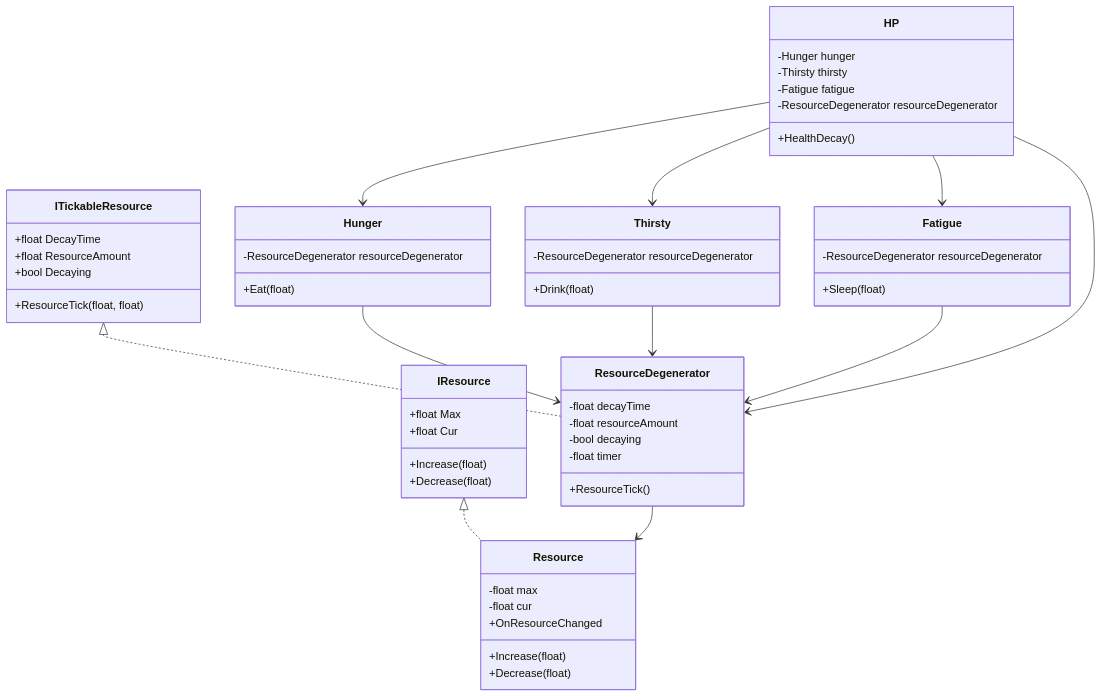
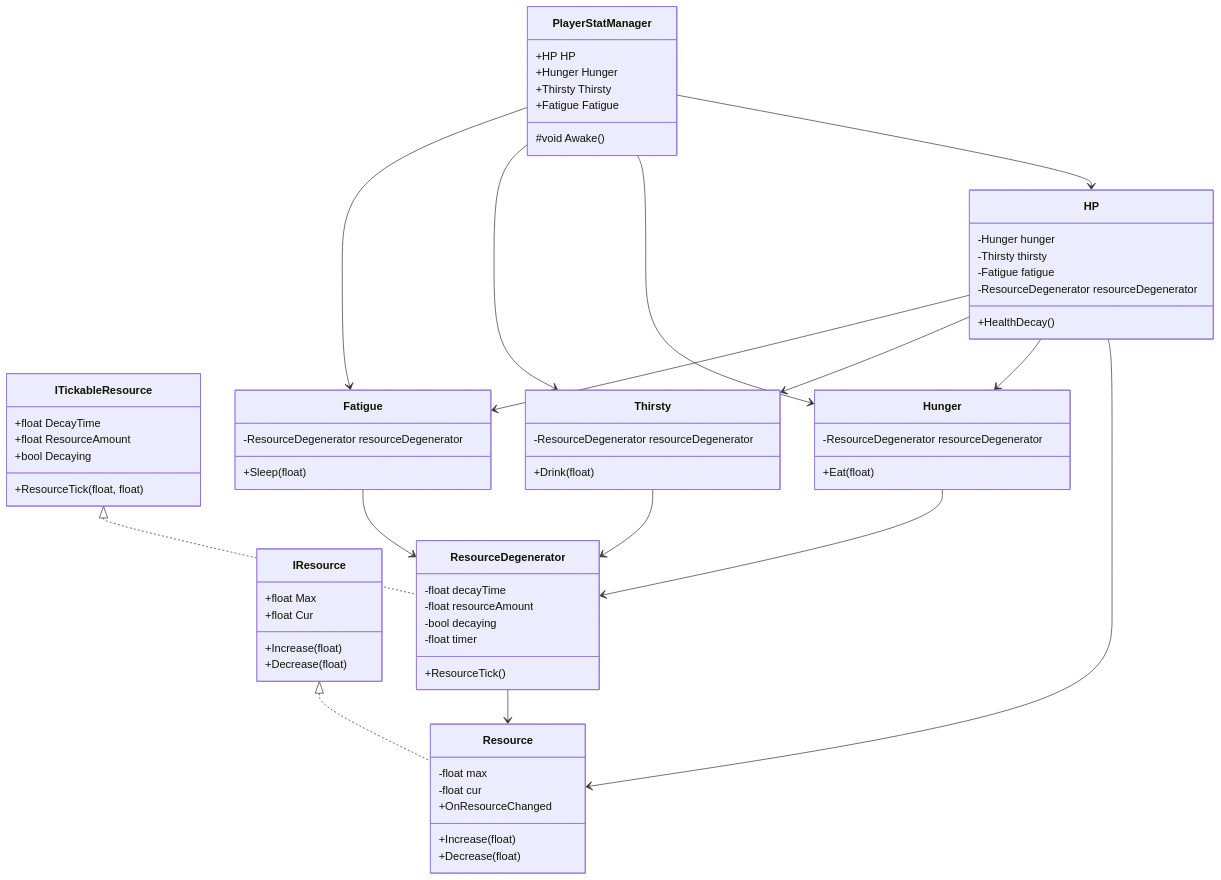
Before and after one commit to 10-team-project/docs: the second of 2 diagrams in docs/기능명세서/250620_강소현_ 플레이어자원관리.md, drawn with Mermaid. The commit also changed other lines of this file, not shown here.

Commit message:
[Fix] 수정 및 추가

````diff
--- a/docs/기능명세서/250620_강소현_ 플레이어자원관리.md
+++ b/docs/기능명세서/250620_강소현_ 플레이어자원관리.md
@@ -93,66 +103,78 @@
 ```mermaid
 classDiagram
     class IResource {
         +float Max
         +float Cur
         +Increase(float)
         +Decrease(float)
     }
 
     class Resource {
         -float max
         -float cur
         +Increase(float)
         +Decrease(float)
         +OnResourceChanged
     }
 
     class ITickableResource {
         +float DecayTime
         +float ResourceAmount
         +bool Decaying
         +ResourceTick(float, float)
     }
 
     class ResourceDegenerator {
         -float decayTime
         -float resourceAmount
         -bool decaying
         -float timer
         +ResourceTick()
     }
 
     class HP {
         -Hunger hunger
         -Thirsty thirsty
         -Fatigue fatigue
         -ResourceDegenerator resourceDegenerator
         +HealthDecay()
     }
 
     class Hunger {
         -ResourceDegenerator resourceDegenerator
         +Eat(float)
     }
 
     class Thirsty {
         -ResourceDegenerator resourceDegenerator
         +Drink(float)
     }
 
     class Fatigue {
         -ResourceDegenerator resourceDegenerator
         +Sleep(float)
     }
 
+    class PlayerStatManager {
+        +HP HP
+        +Hunger Hunger
+        +Thirsty Thirsty
+        +Fatigue Fatigue
+        #void Awake()
+    }
+
     IResource <|.. Resource
     ITickableResource <|.. ResourceDegenerator
     ResourceDegenerator --> Resource
     Hunger --> ResourceDegenerator
     Thirsty --> ResourceDegenerator
     Fatigue --> ResourceDegenerator
-    HP --> ResourceDegenerator
+    HP --> Resource
     HP --> Hunger
     HP --> Thirsty
     HP --> Fatigue
+    PlayerStatManager --> HP
+    PlayerStatManager --> Hunger
+    PlayerStatManager --> Thirsty
+    PlayerStatManager --> Fatigue
 ```
````
